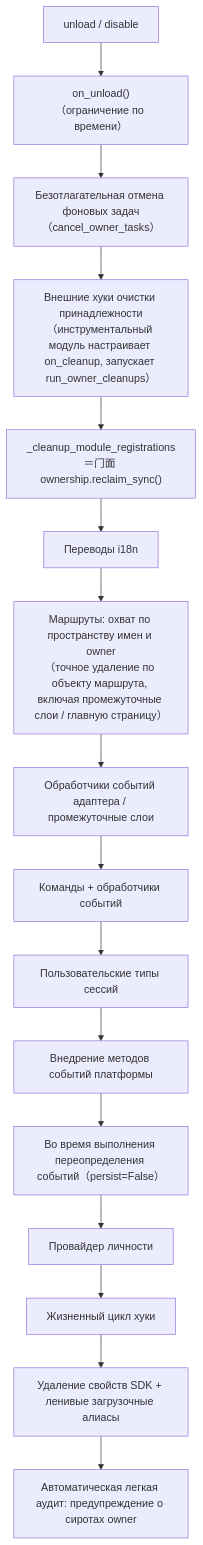
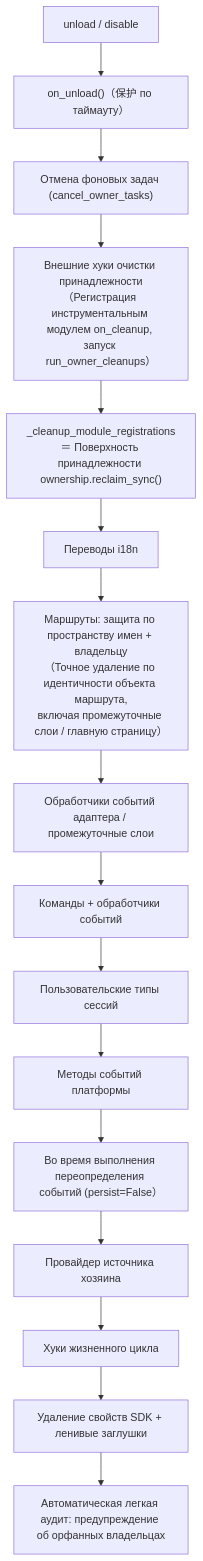
One commit to ErisPulse/ErisPulse changed the diagram in docs/ru/advanced/ownership.md. Above: the diagram before and after it, drawn with Mermaid. The commit also changed other lines of this file and 124 other files, not shown here.

````diff
--- a/docs/ru/advanced/ownership.md
+++ b/docs/ru/advanced/ownership.md
@@ -83,18 +104,18 @@
 ```mermaid
 flowchart TD
-    A["unload / disable"] --> B["on_unload()（ограничение по времени）"]
-    B --> C["Безотлагательная отмена фоновых задач（cancel_owner_tasks）"]
-    C --> C1["Внешние хуки очистки принадлежности<br/>（инструментальный модуль настраивает on_cleanup, запускает run_owner_cleanups）"]
-    C1 --> D["_cleanup_module_registrations<br/>＝门面 ownership.reclaim_sync()"]
+    A["unload / disable"] --> B["on_unload()（保护 по таймауту）"]
+    B --> C["Отмена фоновых задач (cancel_owner_tasks)"]
+    C --> C1["Внешние хуки очистки принадлежности<br/>（Регистрация инструментальным модулем on_cleanup, запуск run_owner_cleanups）"]
+    C1 --> D["_cleanup_module_registrations<br/>＝ Поверхность принадлежности ownership.reclaim_sync()"]
     D --> D1["Переводы i18n"]
-    D1 --> D2["Маршруты: охват по пространству имен и owner<br/>（точное удаление по объекту маршрута, <br/>включая промежуточные слои / главную страницу）"]
+    D1 --> D2["Маршруты: защита по пространству имен + владельцу<br/>（Точное удаление по идентичности объекта маршрута,<br/>включая промежуточные слои / главную страницу）"]
     D2 --> D3["Обработчики событий адаптера / промежуточные слои"]
     D3 --> D4["Команды + обработчики событий"]
     D4 --> D5["Пользовательские типы сессий"]
-    D5 --> D5b["Внедрение методов событий платформы"]
-    D5b --> D6["Во время выполнения переопределения событий（persist=False）"]
-    D6 --> D7["Провайдер личности"]
-    D7 --> D8["Жизненный цикл хуки"]
-    D8 --> E["Удаление свойств SDK + ленивые загрузочные алиасы"]
-    E --> F["Автоматическая легкая аудит: предупреждение о сиротах owner"]
+    D5 --> D5b["Методы событий платформы"]
+    D5b --> D6["Во время выполнения переопределения событий (persist=False）"]
+    D6 --> D7["Провайдер источника хозяина"]
+    D7 --> D8["Хуки жизненного цикла"]
+    D8 --> E["Удаление свойств SDK + ленивые заглушки"]
+    E --> F["Автоматическая легкая аудит: предупреждение об орфанных владельцах"]
 ```
````
